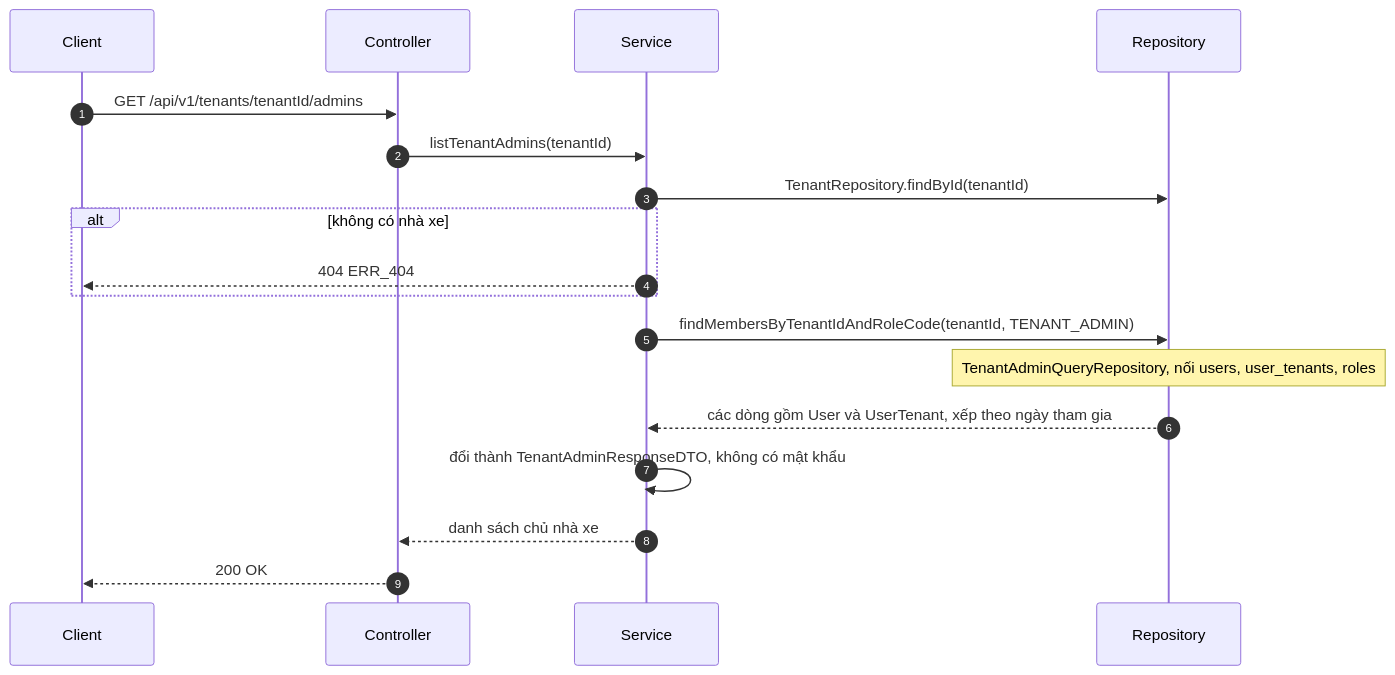
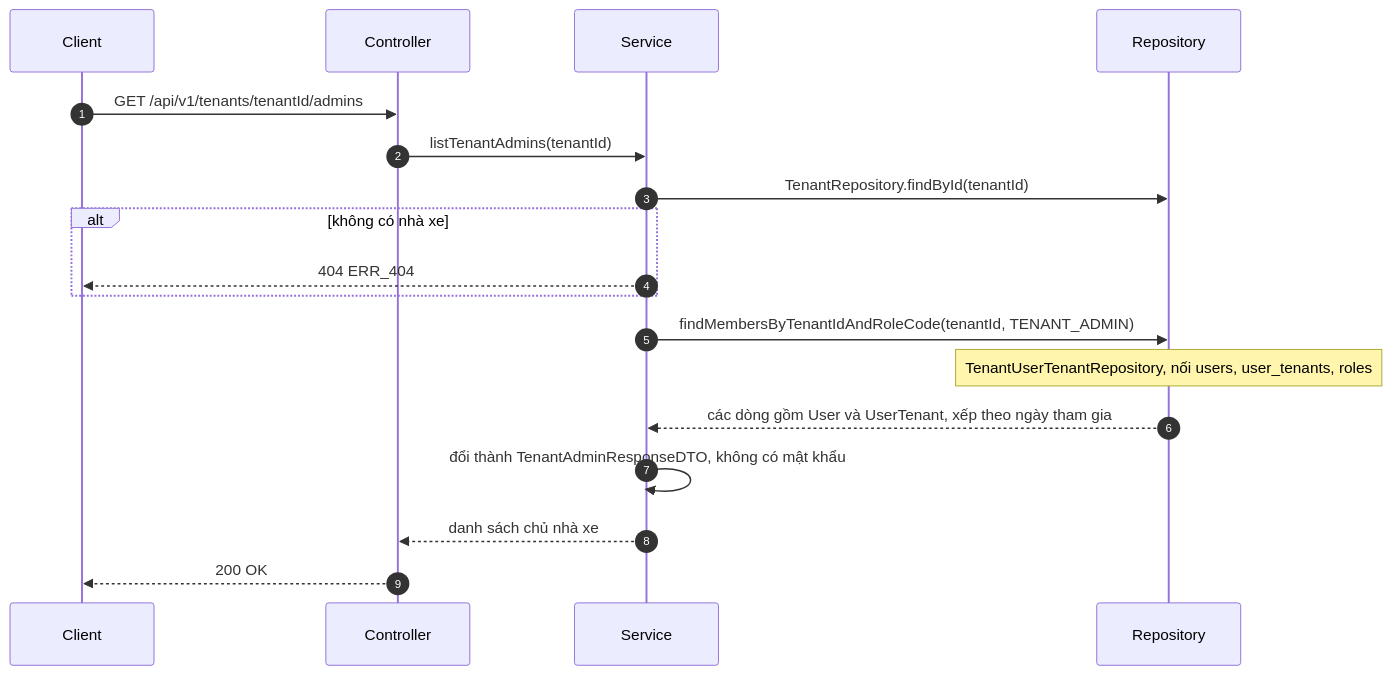
Before and after one commit to foodboi88/car-rental-saas: the ninth of 11 diagrams in docs/plans/tenant/2026-10-19-tenant-api-spec.md, drawn with Mermaid. The commit also changed other lines of this file and 9 other files, not shown here.

````diff
--- a/docs/plans/tenant/2026-10-19-tenant-api-spec.md
+++ b/docs/plans/tenant/2026-10-19-tenant-api-spec.md
@@ -534,20 +520,20 @@
 ```mermaid
 sequenceDiagram
   autonumber
   participant C as Client
   participant K as Controller
   participant S as Service
   participant R as Repository
   C->>K: GET /api/v1/tenants/tenantId/admins
   K->>S: listTenantAdmins(tenantId)
   S->>R: TenantRepository.findById(tenantId)
   alt không có nhà xe
     S-->>C: 404 ERR_404
   end
   S->>R: findMembersByTenantIdAndRoleCode(tenantId, TENANT_ADMIN)
-  Note over R: TenantAdminQueryRepository, nối users, user_tenants, roles
+  Note over R: TenantUserTenantRepository, nối users, user_tenants, roles
   R-->>S: các dòng gồm User và UserTenant, xếp theo ngày tham gia
   S->>S: đổi thành TenantAdminResponseDTO, không có mật khẩu
   S-->>K: danh sách chủ nhà xe
   K-->>C: 200 OK
 ```
````
